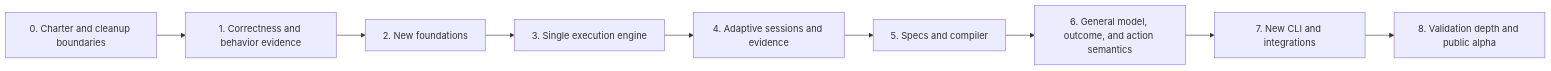
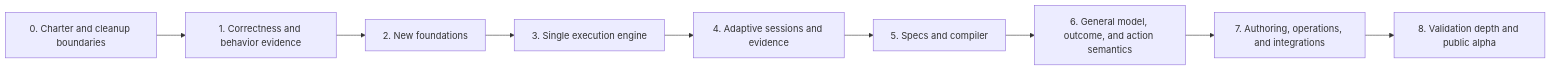
The diagram in docs/MIGRATION.md (Nervoload/eegle), drawn with Mermaid before and after one commit. The commit also changed other lines of this file and 60 other files, not shown here.

````diff
--- a/docs/MIGRATION.md
+++ b/docs/MIGRATION.md
@@ -99,14 +99,14 @@
 ```mermaid
 flowchart LR
     P0["0. Charter and cleanup boundaries"]
     P1["1. Correctness and behavior evidence"]
     P2["2. New foundations"]
     P3["3. Single execution engine"]
     P4["4. Adaptive sessions and evidence"]
     P5["5. Specs and compiler"]
     P6["6. General model, outcome, and action semantics"]
-    P7["7. New CLI and integrations"]
+    P7["7. Authoring, operations, and integrations"]
     P8["8. Validation depth and public alpha"]
 
     P0 --> P1 --> P2 --> P3 --> P4 --> P5 --> P6 --> P7 --> P8
 ```
````
